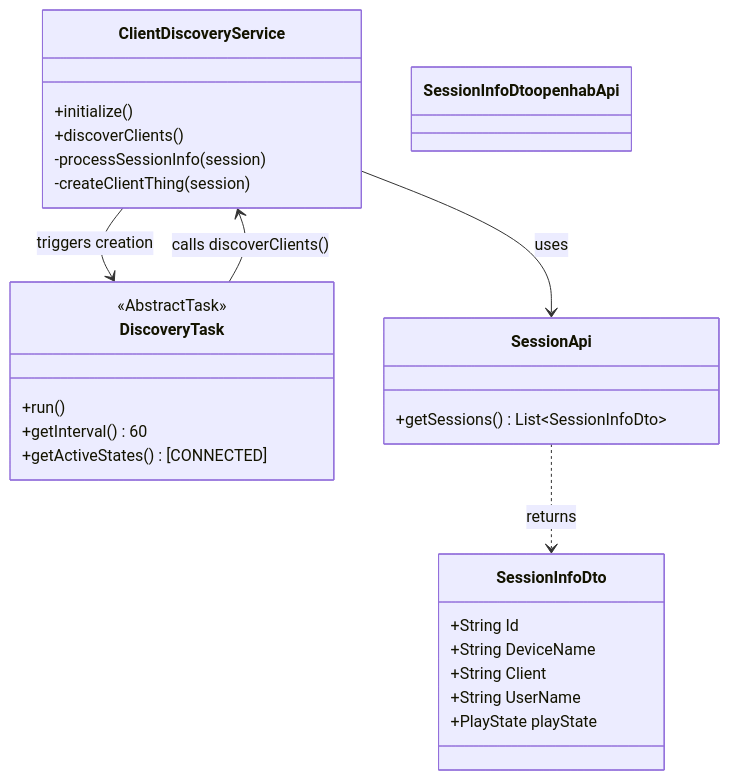
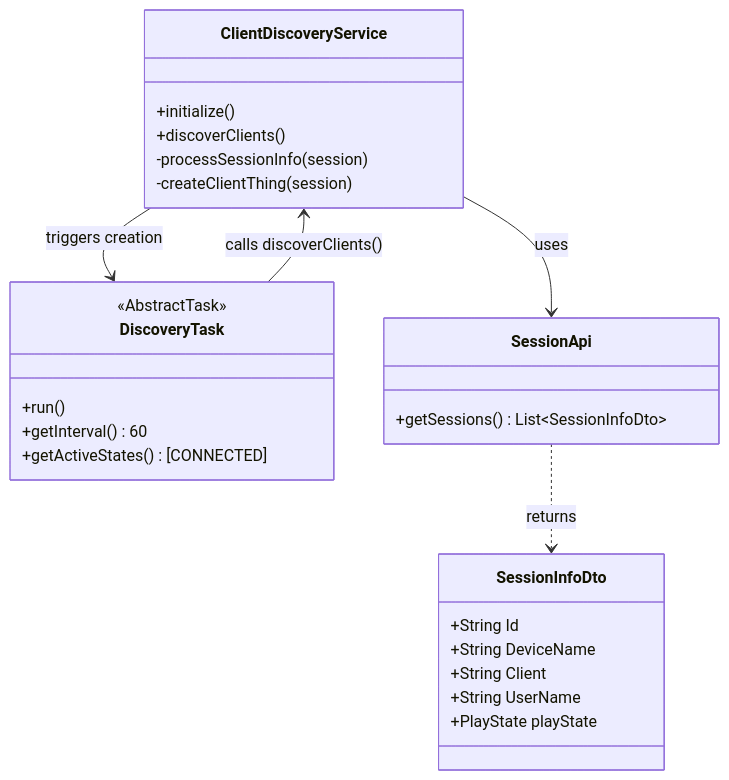
Before and after one commit to openhab/openhab-addons: the second of 3 diagrams in bundles/org.openhab.binding.jellyfin/docs/architecture/discovery.md, drawn with Mermaid. The commit also changed 5 other files, not shown here.

First line of the commit message:
🐛 fix: Correct Mermaid cssClass syntax for color application

````diff
--- a/bundles/org.openhab.binding.jellyfin/docs/architecture/discovery.md
+++ b/bundles/org.openhab.binding.jellyfin/docs/architecture/discovery.md
@@ -67,37 +67,37 @@
 ```mermaid
 classDiagram
     ClientDiscoveryService --> DiscoveryTask : triggers creation
     ClientDiscoveryService --> SessionApi : uses
     DiscoveryTask --> ClientDiscoveryService : calls discoverClients()
     SessionApi ..> SessionInfoDto : returns
 
     class ClientDiscoveryService {
         +initialize()
         +discoverClients()
         -processSessionInfo(session)
         -createClientThing(session)
     }
 
     class DiscoveryTask {
         <<AbstractTask>>
         +run()
         +getInterval() 60
         +getActiveStates() [CONNECTED]
     }
 
     class SessionApi {
         +getSessions() List~SessionInfoDto~
     }
 
     class SessionInfoDto {
         +String Id
         +String DeviceName
         +String Client
         +String UserName
         +PlayState playState
     }
 
     %% Color scheme for external libraries
     classDef openhabApi fill:#99dd99,stroke:#66bb66,color:#000
-    class SessionInfoDto openhabApi
+    cssClass "SessionInfoDto" openhabApi
 ```
````
